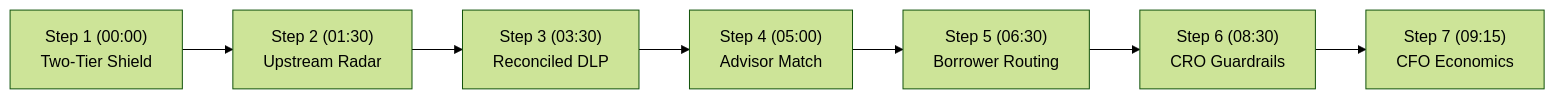
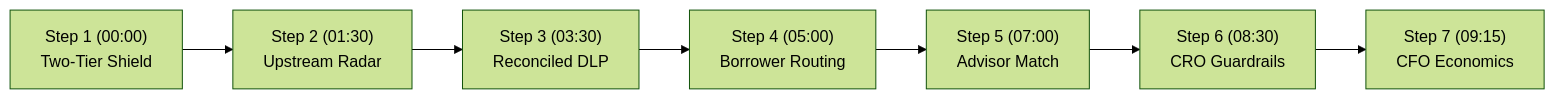
The diagram in docs/DEMO_SCRIPT.md (acombs121/huntington-retention-workflow), drawn with Mermaid (forest theme) before and after one commit. The commit also changed other lines of this file and 12 other files, not shown here.

````diff
--- a/docs/DEMO_SCRIPT.md
+++ b/docs/DEMO_SCRIPT.md
@@ -48,9 +48,9 @@
 ```mermaid
 flowchart LR
     S1["Step 1 (00:00)<br/>Two-Tier Shield"] --> S2["Step 2 (01:30)<br/>Upstream Radar"]
     S2 --> S3["Step 3 (03:30)<br/>Reconciled DLP"]
-    S3 --> S4["Step 4 (05:00)<br/>Advisor Match"]
-    S4 --> S5["Step 5 (06:30)<br/>Borrower Routing"]
+    S3 --> S4["Step 4 (05:00)<br/>Borrower Routing"]
+    S4 --> S5["Step 5 (07:00)<br/>Advisor Match"]
     S5 --> S6["Step 6 (08:30)<br/>CRO Guardrails"]
     S6 --> S7["Step 7 (09:15)<br/>CFO Economics"]
 ```
````
